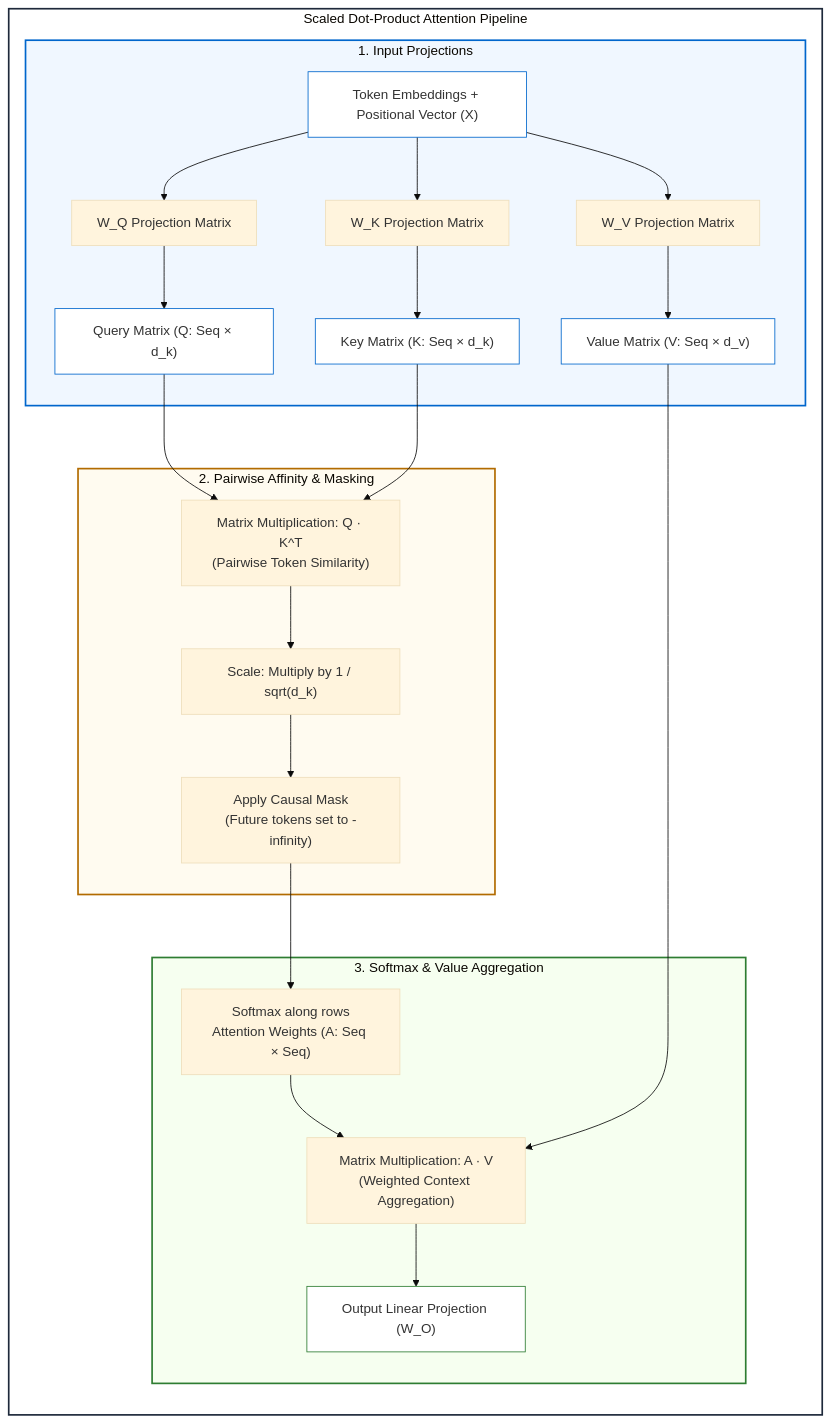
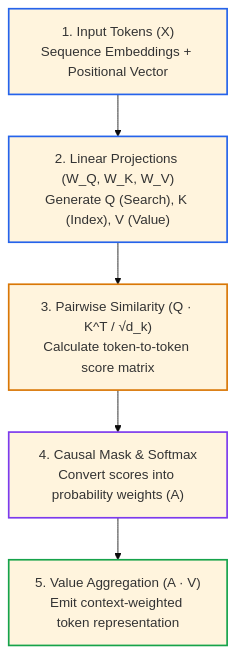
One commit to dip4k/senior-engineer-to-ai-engineer-roadmap changed the first of 3 diagrams in 00-foundations-and-token-mechanics/01-transformer-and-hardware-physics.md. Above: the diagram before and after it, drawn with Mermaid (base theme). The commit also changed other lines of this file and 15 other files, not shown here.

First line of the commit message:
feat(curriculum): theme-adaptive diagrams, low-node modular flows, and Phase 00 beginner-style refactor

````diff
--- a/00-foundations-and-token-mechanics/01-transformer-and-hardware-physics.md
+++ b/00-foundations-and-token-mechanics/01-transformer-and-hardware-physics.md
@@ -151,41 +151,13 @@
 ```mermaid
 flowchart TD
-    subgraph ATTN["Scaled Dot-Product Attention Pipeline"]
-        direction TB
+    X["1. Input Tokens (X)<br>Sequence Embeddings + Positional Vector"] --> QKV["2. Linear Projections (W_Q, W_K, W_V)<br>Generate Q (Search), K (Index), V (Value)"]
+    QKV --> SIM["3. Pairwise Similarity (Q · K^T / √d_k)<br>Calculate token-to-token score matrix"]
+    SIM --> SOFT["4. Causal Mask & Softmax<br>Convert scores into probability weights (A)"]
+    SOFT --> OUT["5. Value Aggregation (A · V)<br>Emit context-weighted token representation"]
 
-        subgraph INPUTS["1. Input Projections"]
-            X["Token Embeddings + Positional Vector (X)"]
-            WQ["W_Q Projection Matrix"]
-            WK["W_K Projection Matrix"]
-            WV["W_V Projection Matrix"]
-            
-            X --> WQ & WK & WV
-            WQ --> Q["Query Matrix (Q: Seq × d_k)"]
-            WK --> K["Key Matrix (K: Seq × d_k)"]
-            WV --> V["Value Matrix (V: Seq × d_v)"]
-        end
-
-        subgraph SIMILARITY["2. Pairwise Affinity & Masking"]
-            Q & K --> MatMul1["Matrix Multiplication: Q · K^T<br>(Pairwise Token Similarity)"]
-            MatMul1 --> Scale["Scale: Multiply by 1 / sqrt(d_k)"]
-            Scale --> Mask["Apply Causal Mask<br>(Future tokens set to -infinity)"]
-        end
-
-        subgraph NORMALIZATION["3. Softmax & Value Aggregation"]
-            Mask --> Softmax["Softmax along rows<br>Attention Weights (A: Seq × Seq)"]
-            Softmax & V --> MatMul2["Matrix Multiplication: A · V<br>(Weighted Context Aggregation)"]
-            MatMul2 --> Out["Output Linear Projection (W_O)"]
-        end
-    end
-
-    style ATTN fill:#ffffff,stroke:#1e293b,stroke-width:2px
-    style INPUTS fill:#f0f7ff,stroke:#0066cc,stroke-width:2px
-    style SIMILARITY fill:#fffbf0,stroke:#b26b00,stroke-width:2px
-    style NORMALIZATION fill:#f6fff0,stroke:#2e7d32,stroke-width:2px
-
-    style X fill:#ffffff,stroke:#0066cc,stroke-width:1px
-    style Q fill:#ffffff,stroke:#0066cc,stroke-width:1px
-    style K fill:#ffffff,stroke:#0066cc,stroke-width:1px
-    style V fill:#ffffff,stroke:#0066cc,stroke-width:1px
-    style Out fill:#ffffff,stroke:#2e7d32,stroke-width:1px
+    style X stroke:#2563eb,stroke-width:2px
+    style QKV stroke:#2563eb,stroke-width:2px
+    style SIM stroke:#d97706,stroke-width:2px
+    style SOFT stroke:#7c3aed,stroke-width:2px
+    style OUT stroke:#16a34a,stroke-width:2px
 ```
````
